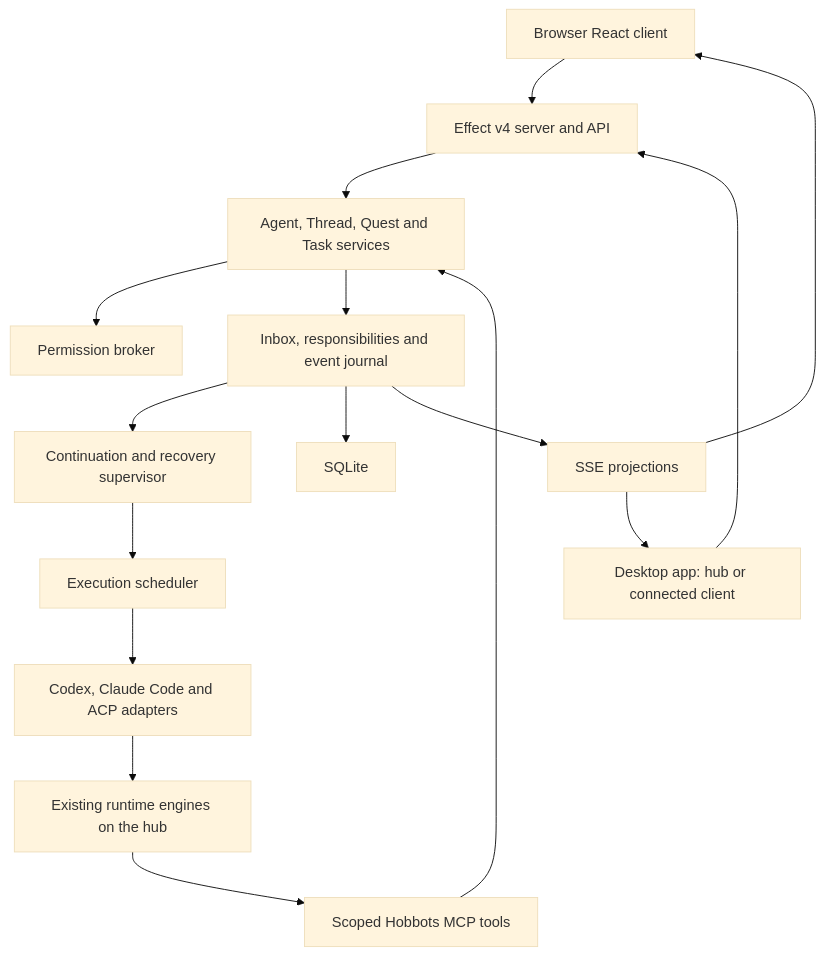
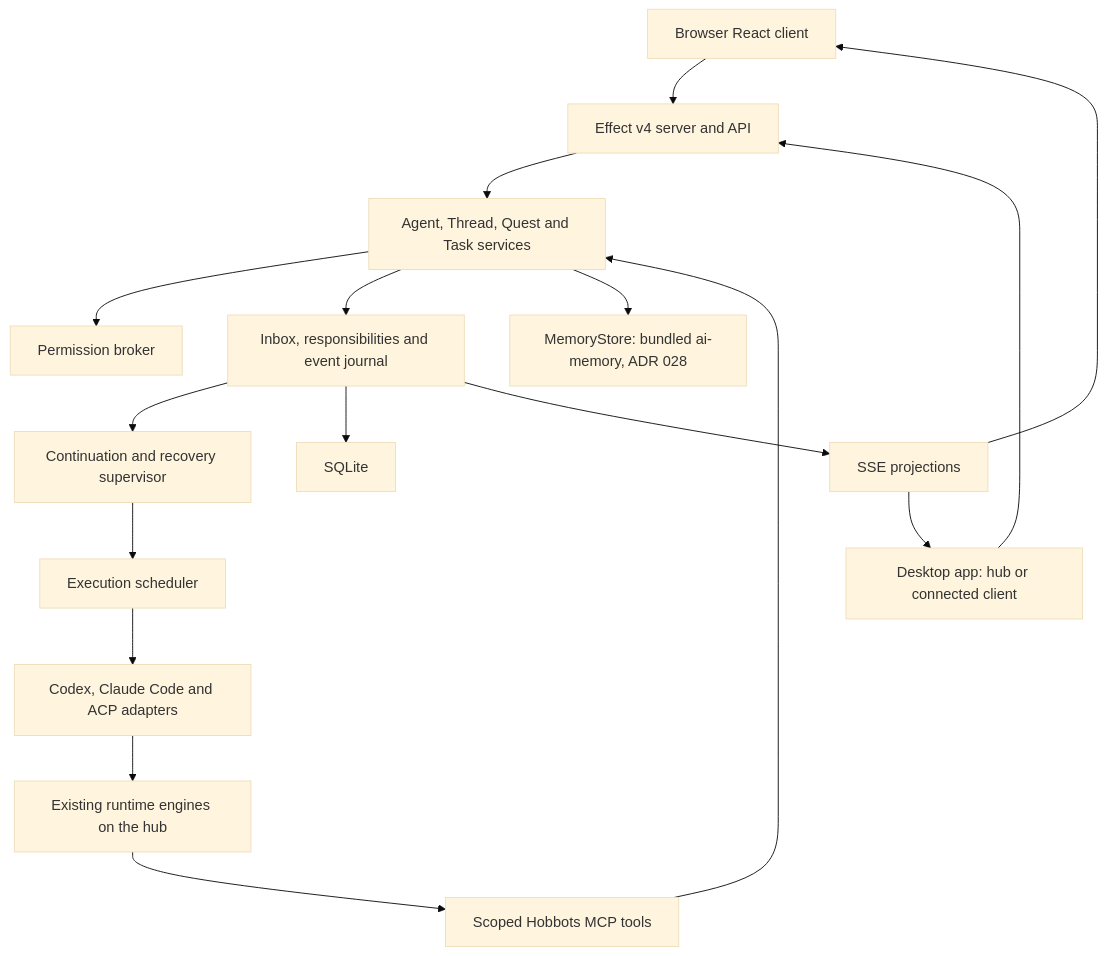
One commit to otaviobarros/hobbots changed the diagram in docs/architecture/overview.md. Above: the diagram before and after it, drawn with Mermaid (base theme). The commit also changed 7 other files, not shown here.

First line of the commit message:
docs(adr): decide memory (ADR 028)

````diff
--- a/docs/architecture/overview.md
+++ b/docs/architecture/overview.md
@@ -5,18 +5,19 @@
 ```mermaid
 flowchart TB
   Browser[Browser React client] --> API[Effect v4 server and API]
   Electron[Desktop app: hub or connected client] --> API
   API --> Domain[Agent, Thread, Quest and Task services]
   Domain --> Policy[Permission broker]
   Domain --> Durable[Inbox, responsibilities and event journal]
   Durable --> Supervisor[Continuation and recovery supervisor]
   Supervisor --> Scheduler[Execution scheduler]
   Scheduler --> Adapter[Codex, Claude Code and ACP adapters]
   Adapter --> Engines[Existing runtime engines on the hub]
   Engines --> MCP[Scoped Hobbots MCP tools]
   MCP --> Domain
   Durable --> SQL[SQLite]
+  Domain --> Memory[MemoryStore: bundled ai-memory, ADR 028]
   Durable --> Events[SSE projections]
   Events --> Browser
   Events --> Electron
 ```
````
